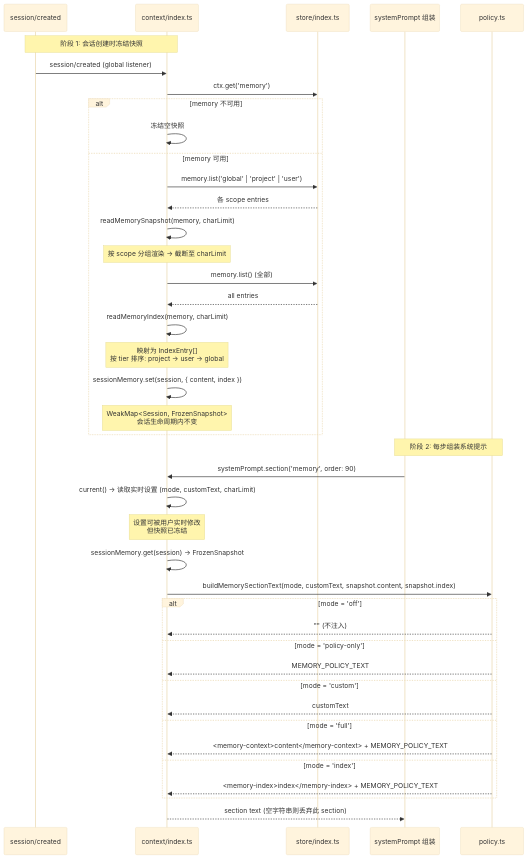
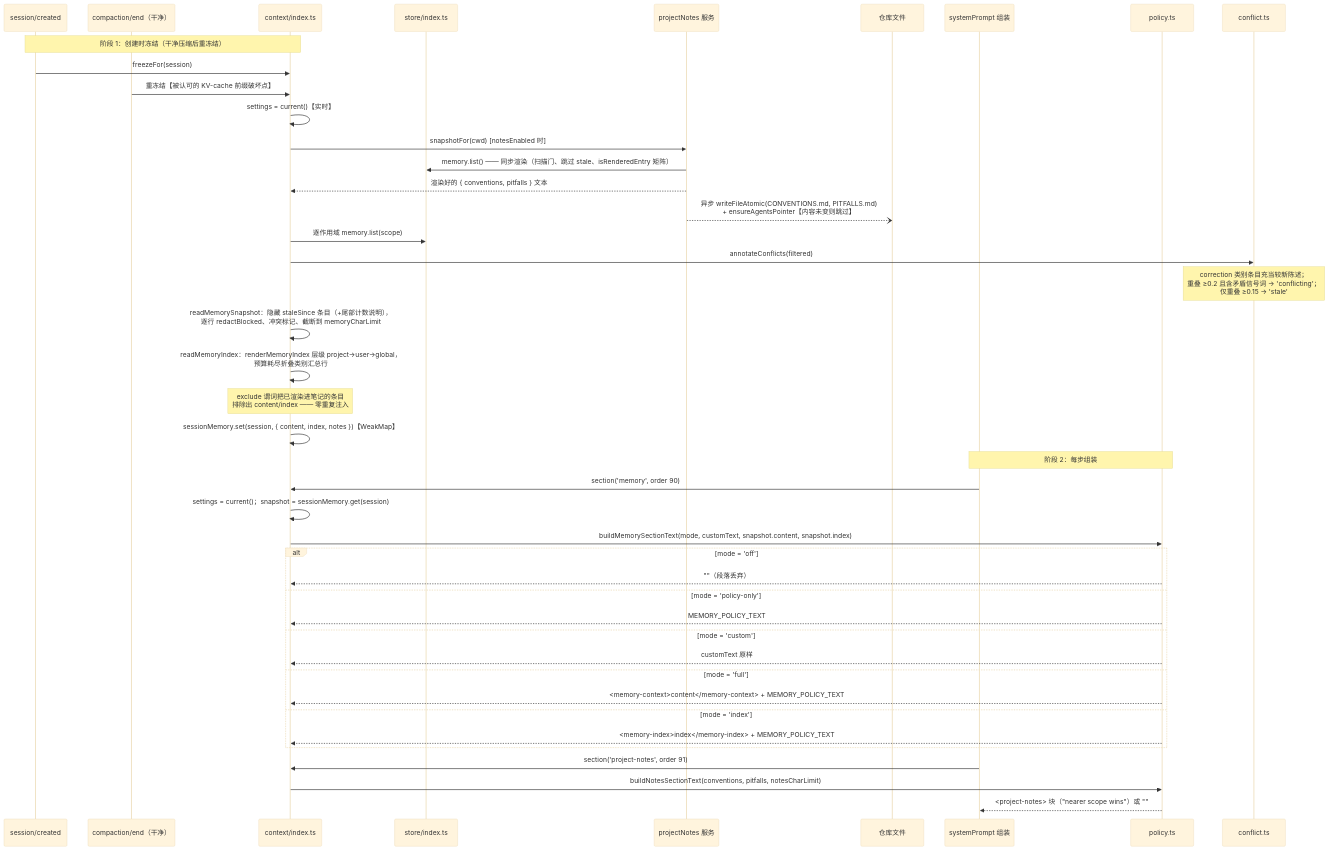
Before and after one commit to chenhw7/dsh-memory: the ninth of 14 diagrams in docs/SEQUENCE_DIAGRAMS.zh-CN.md, drawn with Mermaid (base theme). The commit also changed other lines of this file and 5 other files, not shown here.

First line of the commit message:
docs: sync README / TECH_DESIGN / SEQUENCE_DIAGRAMS with the v0.3.0 implementation

````diff
--- a/docs/SEQUENCE_DIAGRAMS.zh-CN.md
+++ b/docs/SEQUENCE_DIAGRAMS.zh-CN.md
@@ -370,50 +411,49 @@
 ```mermaid
 sequenceDiagram
     participant SC as session/created
-    participant Context as context/index.ts
+    participant CE as compaction/end（干净）
+    participant Ctx as context/index.ts
     participant Store as store/index.ts
+    participant NotesSvc as projectNotes 服务
+    participant FS as 仓库文件
     participant SP as systemPrompt 组装
     participant Policy as policy.ts
+    participant Conflict as conflict.ts
 
-    Note over SC,Context: 阶段 1: 会话创建时冻结快照
+    Note over SC,Ctx: 阶段 1：创建时冻结（干净压缩后重冻结）
+    SC->>Ctx: freezeFor(session)
+    CE->>Ctx: 重冻结【被认可的 KV-cache 前缀破坏点】
+    Ctx->>Ctx: settings = current()【实时】
+    Ctx->>NotesSvc: snapshotFor(cwd) [notesEnabled 时]
+    NotesSvc->>Store: memory.list() —— 同步渲染（扫描门、跳过 stale、isRenderedEntry 矩阵）
+    NotesSvc-->>Ctx: 渲染好的 { conventions, pitfalls } 文本
+    NotesSvc--)FS: 异步 writeFileAtomic(CONVENTIONS.md, PITFALLS.md)<br/>+ ensureAgentsPointer【内容未变则跳过】
 
-    SC->>Context: session/created (global listener)
-    Context->>Store: ctx.get('memory')
-    alt memory 不可用
-        Context->>Context: 冻结空快照
-    else memory 可用
-        Context->>Store: memory.list('global' | 'project' | 'user')
-        Store-->>Context: 各 scope entries
-        Context->>Context: readMemorySnapshot(memory, charLimit)
-        Note over Context: 按 scope 分组渲染 → 截断至 charLimit
-        Context->>Store: memory.list() (全部)
-        Store-->>Context: all entries
-        Context->>Context: readMemoryIndex(memory, charLimit)
-        Note over Context: 映射为 IndexEntry[]<br/>按 tier 排序: project → user → global
-        Context->>Context: sessionMemory.set(session, { content, index })
-        Note over Context: WeakMap<Session, FrozenSnapshot><br/>会话生命周期内不变
+    Ctx->>Store: 逐作用域 memory.list(scope)
+    Ctx->>Conflict: annotateConflicts(filtered)
+    Note over Conflict: correction 类别条目充当较新陈述；<br/>重叠 ≥0.2 且含矛盾信号词 → 'conflicting'；<br/>仅重叠 ≥0.15 → 'stale'
+    Ctx->>Ctx: readMemorySnapshot：隐藏 staleSince 条目（+尾部计数说明），<br/>逐行 redactBlocked、冲突标记、截断到 memoryCharLimit
+    Ctx->>Ctx: readMemoryIndex：renderMemoryIndex 层级 project→user→global，<br/>预算耗尽折叠类别汇总行
+    Note over Ctx: exclude 谓词把已渲染进笔记的条目<br/>排除出 content/index —— 零重复注入
+    Ctx->>Ctx: sessionMemory.set(session, { content, index, notes })【WeakMap】
+
+    Note over SP,Policy: 阶段 2：每步组装
+    SP->>Ctx: section('memory', order 90)
+    Ctx->>Ctx: settings = current()；snapshot = sessionMemory.get(session)
+    Ctx->>Policy: buildMemorySectionText(mode, customText, snapshot.content, snapshot.index)
+    alt mode = 'off'
+        Policy-->>Ctx: ""（段落丢弃）
+    else mode = 'policy-only'
+        Policy-->>Ctx: MEMORY_POLICY_TEXT
+    else mode = 'custom'
+        Policy-->>Ctx: customText 原样
+    else mode = 'full'
+        Policy-->>Ctx: <memory-context>content</memory-context> + MEMORY_POLICY_TEXT
+    else mode = 'index'
+        Policy-->>Ctx: <memory-index>index</memory-index> + MEMORY_POLICY_TEXT
     end
 
-    Note over SP,Policy: 阶段 2: 每步组装系统提示
-
-    SP->>Context: systemPrompt.section('memory', order: 90)
-    Context->>Context: current() → 读取实时设置 (mode, customText, charLimit)
-    Note over Context: 设置可被用户实时修改<br/>但快照已冻结
-    Context->>Context: sessionMemory.get(session) → FrozenSnapshot
-
-    Context->>Policy: buildMemorySectionText(mode, customText, snapshot.content, snapshot.index)
-
-    alt mode = 'off'
-        Policy-->>Context: "" (不注入)
-    else mode = 'policy-only'
-        Policy-->>Context: MEMORY_POLICY_TEXT
-    else mode = 'custom'
-        Policy-->>Context: customText
-    else mode = 'full'
-        Policy-->>Context: <memory-context>content</memory-context> + MEMORY_POLICY_TEXT
-    else mode = 'index'
-        Policy-->>Context: <memory-index>index</memory-index> + MEMORY_POLICY_TEXT
-    end
-
-    Context-->>SP: section text (空字符串则丢弃此 section)
+    SP->>Ctx: section('project-notes', order 91)
+    Ctx->>Policy: buildNotesSectionText(conventions, pitfalls, notesCharLimit)
+    Policy-->>SP: <project-notes> 块（"nearer scope wins"）或 ""
 ```
````
